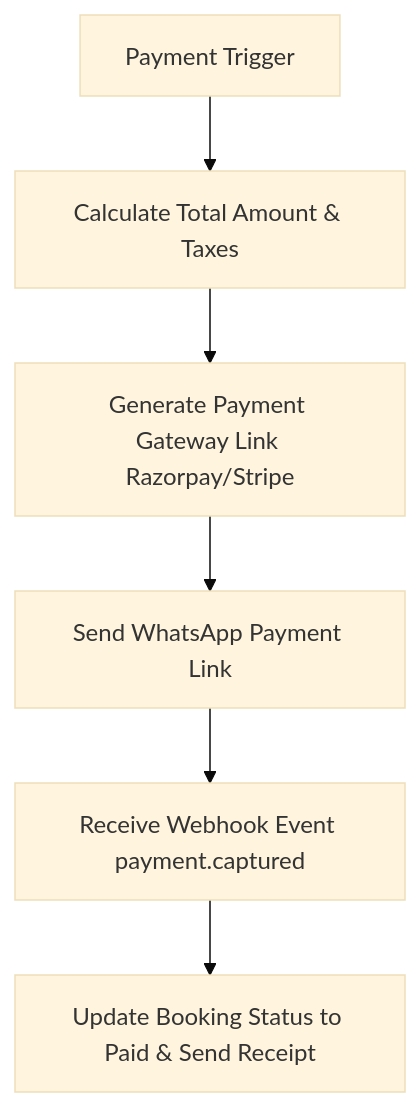
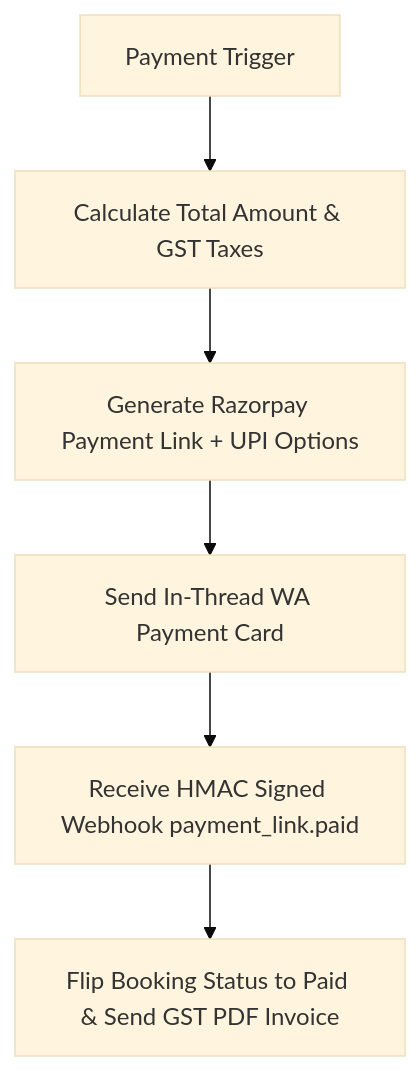
The diagram in docs/agents/payment-agent.md (AnupamaJain/BusinessOS-AI), drawn with Mermaid (base theme) before and after one commit. The commit also changed other lines of this file and 13 other files, not shown here.

````diff
--- a/docs/agents/payment-agent.md
+++ b/docs/agents/payment-agent.md
@@ -21,8 +23,8 @@
 ```mermaid
 graph TD
-    A[Payment Trigger] --> B[Calculate Total Amount & Taxes]
-    B --> C[Generate Payment Gateway Link Razorpay/Stripe]
-    C --> D[Send WhatsApp Payment Link]
-    D --> E[Receive Webhook Event payment.captured]
-    E --> F[Update Booking Status to Paid & Send Receipt]
+    A[Payment Trigger] --> B[Calculate Total Amount & GST Taxes]
+    B --> C[Generate Razorpay Payment Link + UPI Options]
+    C --> D[Send In-Thread WA Payment Card]
+    D --> E[Receive HMAC Signed Webhook payment_link.paid]
+    E --> F[Flip Booking Status to Paid & Send GST PDF Invoice]
 ```
````
